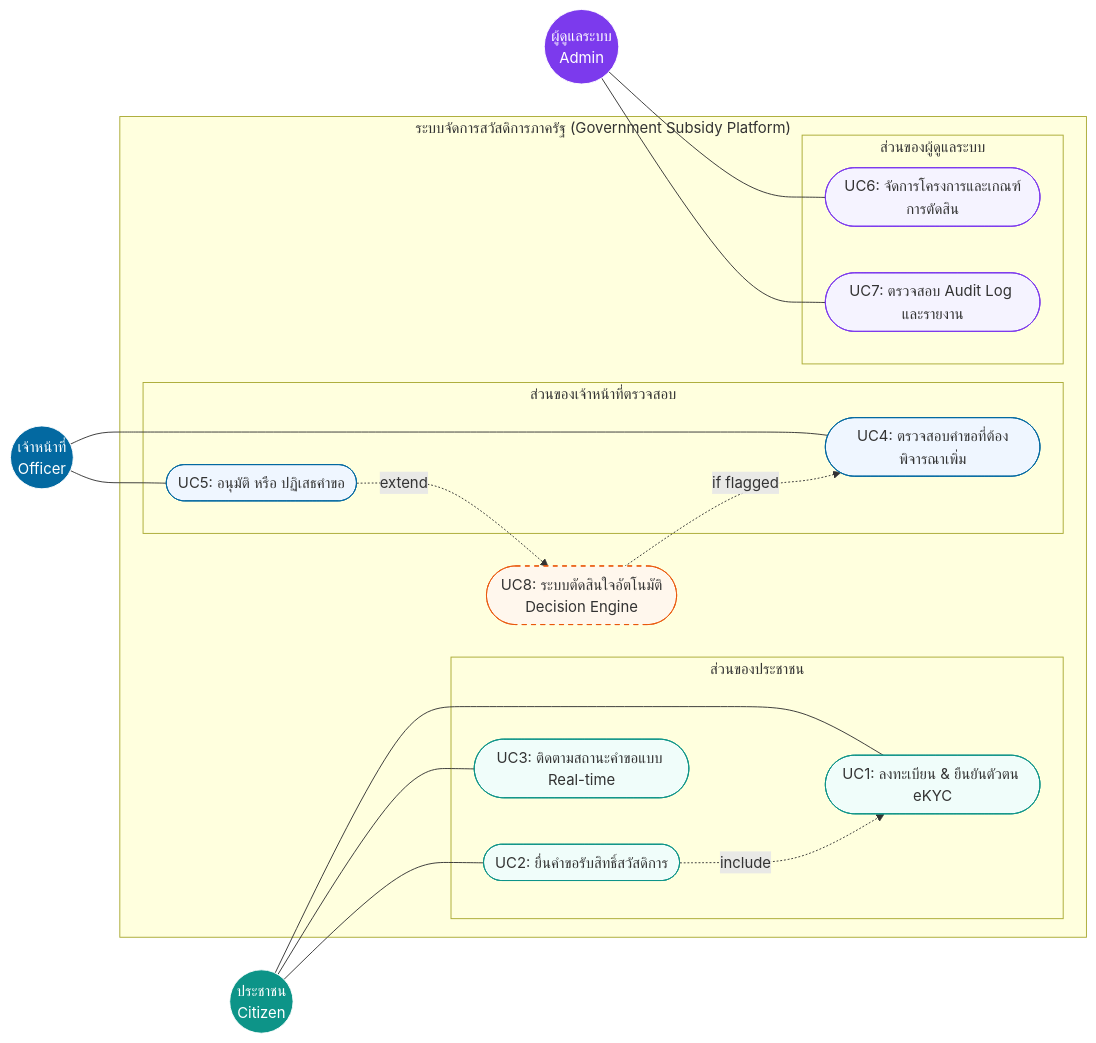
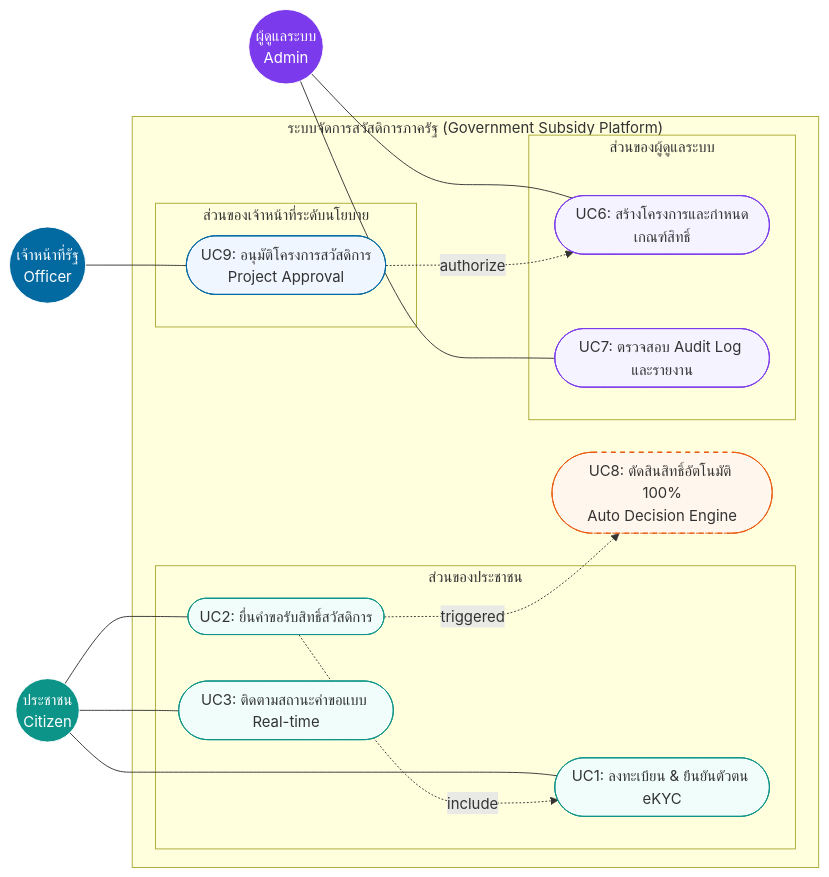
The diagram in docs/architecture/usecase-diagram.md (Suphawit-Hngosakul/Government-Subsidy-System), drawn with Mermaid before and after one commit. The commit also changed 3 other files, not shown here.

Commit message:
docs: update some diagram

````diff
--- a/docs/architecture/usecase-diagram.md
+++ b/docs/architecture/usecase-diagram.md
@@ -1,66 +1,63 @@
 ```mermaid
 flowchart LR
     %% Actors Definition
     Citizen((ประชาชน<br/>Citizen))
-    Officer((เจ้าหน้าที่<br/>Officer))
+    Officer((เจ้าหน้าที่รัฐ<br/>Officer))
     Admin((ผู้ดูแลระบบ<br/>Admin))
 
     subgraph Platform["ระบบจัดการสวัสดิการภาครัฐ (Government Subsidy Platform)"]
         %% Citizen Use Cases
         subgraph Citizen_Actions["ส่วนของประชาชน"]
-            UC1([UC1: ลงทะเบียน & ยืนยันตัวตน eKYC])
-            UC2([UC2: ยื่นคำขอรับสิทธิ์สวัสดิการ])
-            UC3([UC3: ติดตามสถานะคำขอแบบ Real-time])
+            UC1(["UC1: ลงทะเบียน & ยืนยันตัวตน eKYC"])
+            UC2(["UC2: ยื่นคำขอรับสิทธิ์สวัสดิการ"])
+            UC3(["UC3: ติดตามสถานะคำขอแบบ Real-time"])
         end
 
-        %% Officer Use Cases
-        subgraph Officer_Actions["ส่วนของเจ้าหน้าที่ตรวจสอบ"]
-            UC4([UC4: ตรวจสอบคำขอที่ต้องพิจารณาเพิ่ม])
-            UC5([UC5: อนุมัติ หรือ ปฏิเสธคำขอ])
+        %% Admin Actions
+        subgraph Admin_Actions["ส่วนของผู้ดูแลระบบ"]
+            UC6(["UC6: สร้างโครงการและกำหนดเกณฑ์สิทธิ์"])
+            UC7(["UC7: ตรวจสอบ Audit Log และรายงาน"])
         end
 
-        %% Admin Use Cases
-        subgraph Admin_Actions["ส่วนของผู้ดูแลระบบ"]
-            UC6([UC6: จัดการโครงการและเกณฑ์การตัดสิน])
-            UC7([UC7: ตรวจสอบ Audit Log และรายงาน])
+        %% Officer Actions (New Automated Focus)
+        subgraph Officer_Actions["ส่วนของเจ้าหน้าที่ระดับนโยบาย"]
+            UC9(["UC9: อนุมัติโครงการสวัสดิการ<br/>Project Approval"])
         end
 
-        %% Internal System Use Case
-        UC8([UC8: ระบบตัดสินใจอัตโนมัติ<br/>Decision Engine])
+        %% Internal System Process
+        UC8(["UC8: ตัดสินสิทธิ์อัตโนมัติ 100%<br/>Auto Decision Engine"])
     end
 
     %% Citizen Connections
     Citizen --- UC1
     Citizen --- UC2
     Citizen --- UC3
 
-    %% Officer Connections
-    Officer --- UC4
-    Officer --- UC5
-
     %% Admin Connections
     Admin --- UC6
     Admin --- UC7
 
+    %% Officer Connections
+    Officer --- UC9
+
     %% Logical Relationships
     UC2 -.->|include| UC1
-    UC8 -.->|if flagged| UC4
-    UC5 -.->|extend| UC8
+    UC2 -.->|triggered| UC8
+    UC9 -.->|authorize| UC6
 
     %% Styling
     style Citizen fill:#0d9488,stroke:#fff,color:#fff
     style Officer fill:#0369a1,stroke:#fff,color:#fff
     style Admin fill:#7c3aed,stroke:#fff,color:#fff
     
     style UC1 fill:#f0fdfa,stroke:#0d9488
     style UC2 fill:#f0fdfa,stroke:#0d9488
     style UC3 fill:#f0fdfa,stroke:#0d9488
     
-    style UC4 fill:#eff6ff,stroke:#0369a1
-    style UC5 fill:#eff6ff,stroke:#0369a1
-    
     style UC6 fill:#f5f3ff,stroke:#7c3aed
     style UC7 fill:#f5f3ff,stroke:#7c3aed
     
+    style UC9 fill:#eff6ff,stroke:#0369a1
+    
     style UC8 fill:#fff7ed,stroke:#ea580c,stroke-dasharray: 5 5
 ```
````
